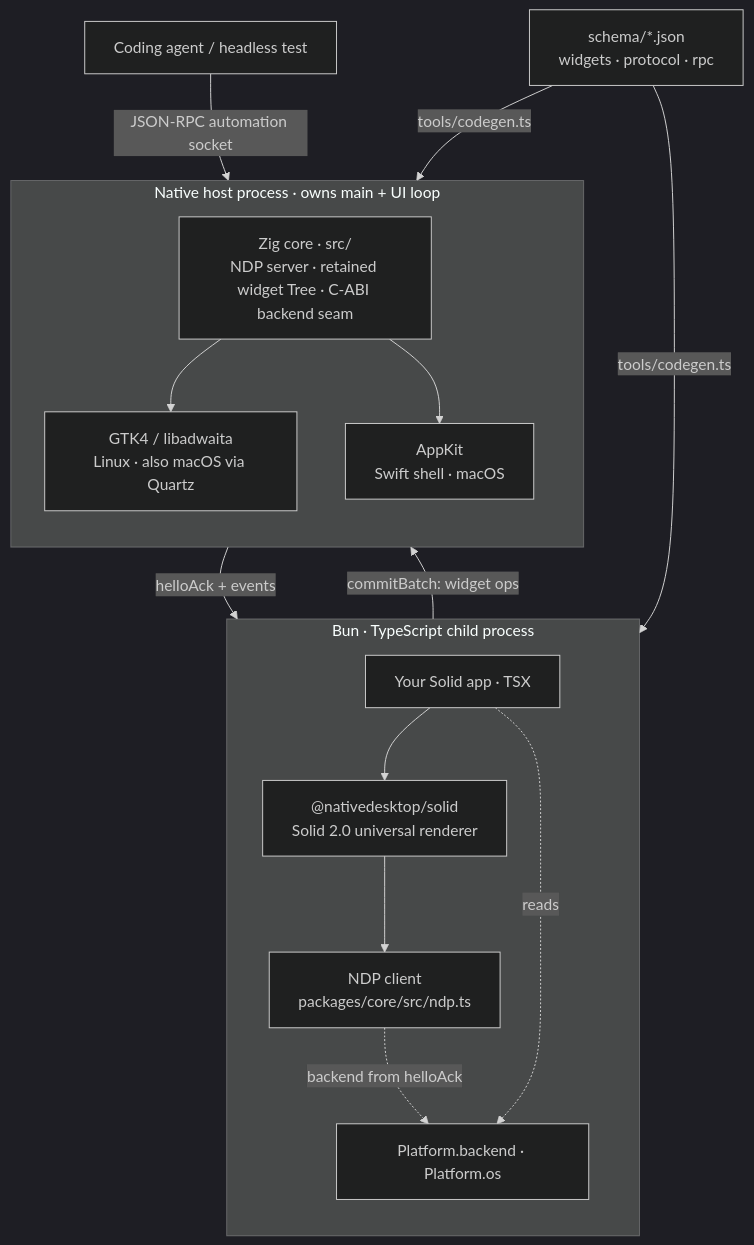
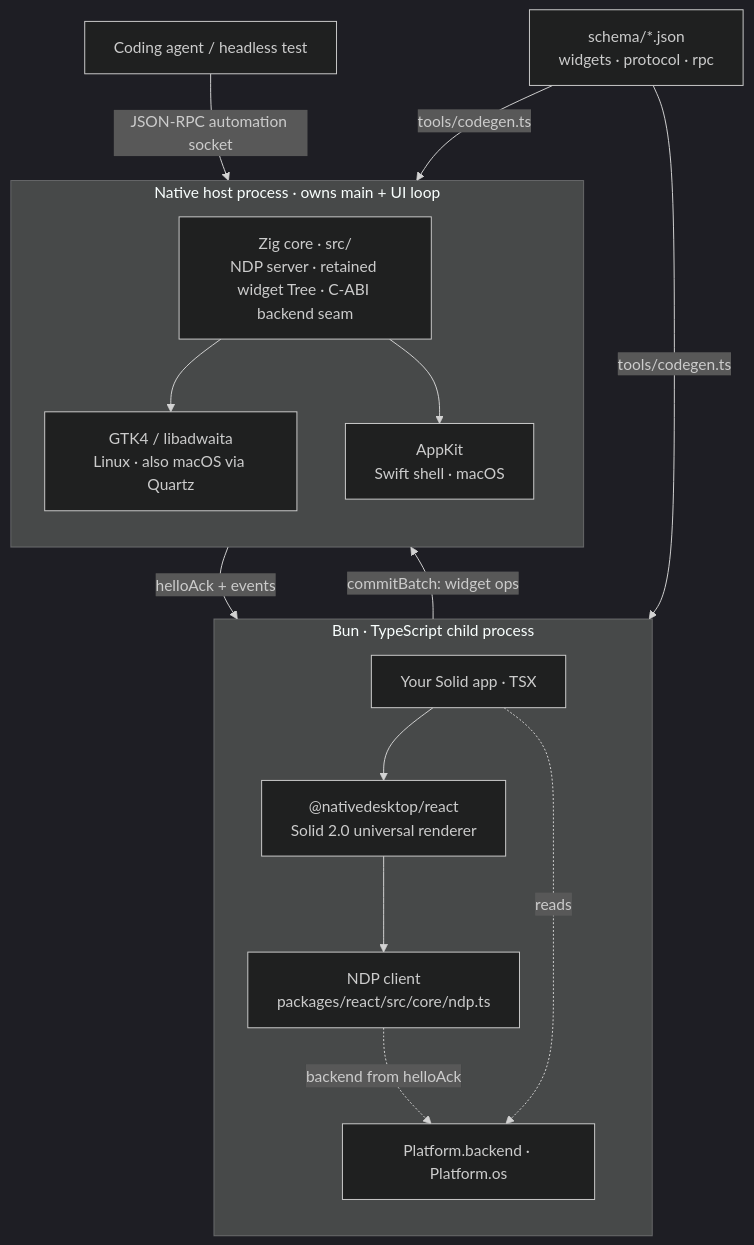
One commit to FormalSnake/NativeDesktop changed the diagram in docs-site/src/content/docs/core-concepts/architecture.md. Above: the diagram before and after it, drawn with Mermaid (dark theme). The commit also changed other lines of this file and 239 other files, not shown here.

Commit message:
refactor!: the solid renderer and core publish together as @nativedesktop/react, with core at @nativedesktop/react/core

````diff
--- a/docs-site/src/content/docs/core-concepts/architecture.md
+++ b/docs-site/src/content/docs/core-concepts/architecture.md
@@ -12,29 +12,29 @@
 ```mermaid
 flowchart TB
     subgraph CHILD["Bun · TypeScript child process"]
         direction TB
         APP["Your Solid app · TSX"]
-        RECON["@nativedesktop/solid<br/>Solid 2.0 universal renderer"]
-        NDPC["NDP client<br/>packages/core/src/ndp.ts"]
+        RECON["@nativedesktop/react<br/>Solid 2.0 universal renderer"]
+        NDPC["NDP client<br/>packages/react/src/core/ndp.ts"]
         PLAT["Platform.backend · Platform.os"]
         APP --> RECON --> NDPC
         NDPC -.->|"backend from helloAck"| PLAT
         APP -.->|reads| PLAT
     end
 
     subgraph HOST["Native host process · owns main + UI loop"]
         direction TB
         CORE["Zig core · src/<br/>NDP server · retained widget Tree · C-ABI backend seam"]
         GTK["GTK4 / libadwaita<br/>Linux · also macOS via Quartz"]
         APPKIT["AppKit<br/>Swift shell · macOS"]
         CORE --> GTK
         CORE --> APPKIT
     end
 
     NDPC -->|"commitBatch: widget ops"| CORE
     CORE -->|"helloAck + events"| NDPC
     AGENT["Coding agent / headless test"] -->|"JSON-RPC automation socket"| CORE
 
     SCHEMA["schema/*.json<br/>widgets · protocol · rpc"] -->|tools/codegen.ts| RECON
     SCHEMA -->|tools/codegen.ts| CORE
 ```
````
